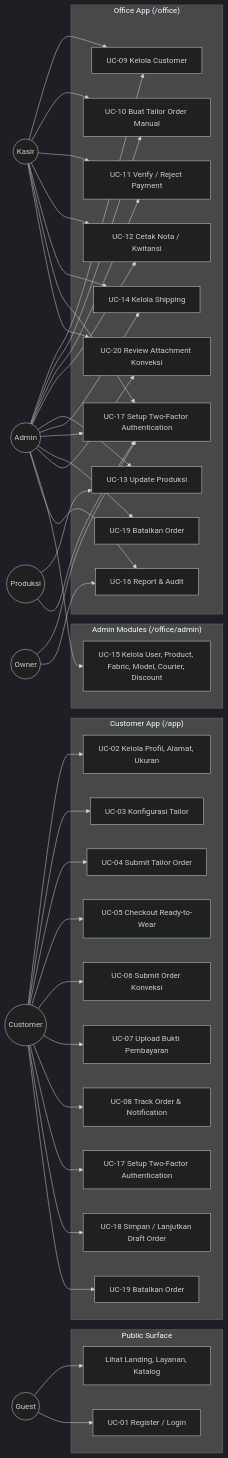
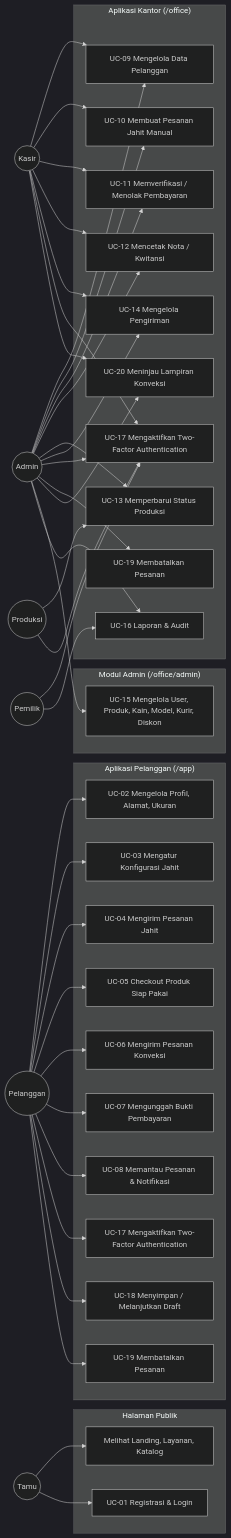
One commit to nabiilnuryassar/djaitin changed the first of 13 diagrams in docs/MVP-APP-UML-AND-USE-CASES.md. Above: the diagram before and after it, drawn with Mermaid (dark theme). The commit also changed other lines of this file, not shown here.

Commit message:
update: UML

````diff
--- a/docs/MVP-APP-UML-AND-USE-CASES.md
+++ b/docs/MVP-APP-UML-AND-USE-CASES.md
@@ -105,79 +108,79 @@
 ```mermaid
 flowchart LR
-    Guest((Guest))
-    Customer((Customer))
+    Tamu((Tamu))
+    Pelanggan((Pelanggan))
     Kasir((Kasir))
     Produksi((Produksi))
     Admin((Admin))
-    Owner((Owner))
+    Pemilik((Pemilik))
 
-    subgraph Public["Public Surface"]
-        UC01["UC-01 Register / Login"]
-        UC00["Lihat Landing, Layanan, Katalog"]
+    subgraph Publik["Halaman Publik"]
+        UC01["UC-01 Registrasi & Login"]
+        UC00["Melihat Landing, Layanan, Katalog"]
     end
 
-    subgraph CustomerApp["Customer App (/app)"]
-        UC02["UC-02 Kelola Profil, Alamat, Ukuran"]
-        UC03["UC-03 Konfigurasi Tailor"]
-        UC04["UC-04 Submit Tailor Order"]
-        UC05["UC-05 Checkout Ready-to-Wear"]
-        UC06["UC-06 Submit Order Konveksi"]
-        UC07["UC-07 Upload Bukti Pembayaran"]
-        UC08["UC-08 Track Order & Notification"]
-        UC17["UC-17 Setup Two-Factor Authentication"]
-        UC18["UC-18 Simpan / Lanjutkan Draft Order"]
-        UC19["UC-19 Batalkan Order"]
+    subgraph AppPelanggan["Aplikasi Pelanggan (/app)"]
+        UC02["UC-02 Mengelola Profil, Alamat, Ukuran"]
+        UC03["UC-03 Mengatur Konfigurasi Jahit"]
+        UC04["UC-04 Mengirim Pesanan Jahit"]
+        UC05["UC-05 Checkout Produk Siap Pakai"]
+        UC06["UC-06 Mengirim Pesanan Konveksi"]
+        UC07["UC-07 Mengunggah Bukti Pembayaran"]
+        UC08["UC-08 Memantau Pesanan & Notifikasi"]
+        UC17["UC-17 Mengaktifkan Two-Factor Authentication"]
+        UC18["UC-18 Menyimpan / Melanjutkan Draft"]
+        UC19["UC-19 Membatalkan Pesanan"]
     end
 
-    subgraph OfficeApp["Office App (/office)"]
-        UC09["UC-09 Kelola Customer"]
-        UC10["UC-10 Buat Tailor Order Manual"]
-        UC11["UC-11 Verify / Reject Payment"]
-        UC12["UC-12 Cetak Nota / Kwitansi"]
-        UC13["UC-13 Update Produksi"]
-        UC14["UC-14 Kelola Shipping"]
-        UC16["UC-16 Report & Audit"]
-        UC17O["UC-17 Setup Two-Factor Authentication"]
-        UC19O["UC-19 Batalkan Order"]
-        UC20["UC-20 Review Attachment Konveksi"]
+    subgraph AppKantor["Aplikasi Kantor (/office)"]
+        UC09["UC-09 Mengelola Data Pelanggan"]
+        UC10["UC-10 Membuat Pesanan Jahit Manual"]
+        UC11["UC-11 Memverifikasi / Menolak Pembayaran"]
+        UC12["UC-12 Mencetak Nota / Kwitansi"]
+        UC13["UC-13 Memperbarui Status Produksi"]
+        UC14["UC-14 Mengelola Pengiriman"]
+        UC16["UC-16 Laporan & Audit"]
+        UC17O["UC-17 Mengaktifkan Two-Factor Authentication"]
+        UC19O["UC-19 Membatalkan Pesanan"]
+        UC20["UC-20 Meninjau Lampiran Konveksi"]
     end
 
-    subgraph AdminApp["Admin Modules (/office/admin)"]
-        UC15["UC-15 Kelola User, Product, Fabric, Model, Courier, Discount"]
+    subgraph ModulAdmin["Modul Admin (/office/admin)"]
+        UC15["UC-15 Mengelola User, Produk, Kain, Model, Kurir, Diskon"]
     end
 
-    Guest --> UC00
-    Guest --> UC01
-    Customer --> UC02
-    Customer --> UC03
-    Customer --> UC04
-    Customer --> UC05
-    Customer --> UC06
-    Customer --> UC07
-    Customer --> UC08
-    Customer --> UC17
-    Customer --> UC18
-    Customer --> UC19
+    Tamu --> UC00
+    Tamu --> UC01
+    Pelanggan --> UC02
+    Pelanggan --> UC03
+    Pelanggan --> UC04
+    Pelanggan --> UC05
+    Pelanggan --> UC06
+    Pelanggan --> UC07
+    Pelanggan --> UC08
+    Pelanggan --> UC17
+    Pelanggan --> UC18
+    Pelanggan --> UC19
     Kasir --> UC09
     Kasir --> UC10
     Kasir --> UC11
     Kasir --> UC12
     Kasir --> UC14
     Kasir --> UC17O
     Kasir --> UC20
     Produksi --> UC13
     Produksi --> UC17O
     Admin --> UC09
     Admin --> UC10
     Admin --> UC11
     Admin --> UC12
     Admin --> UC13
     Admin --> UC14
     Admin --> UC17O
     Admin --> UC19O
     Admin --> UC20
     Admin --> UC15
     Admin --> UC16
-    Owner --> UC17O
-    Owner --> UC16
+    Pemilik --> UC17O
+    Pemilik --> UC16
 ```
````
